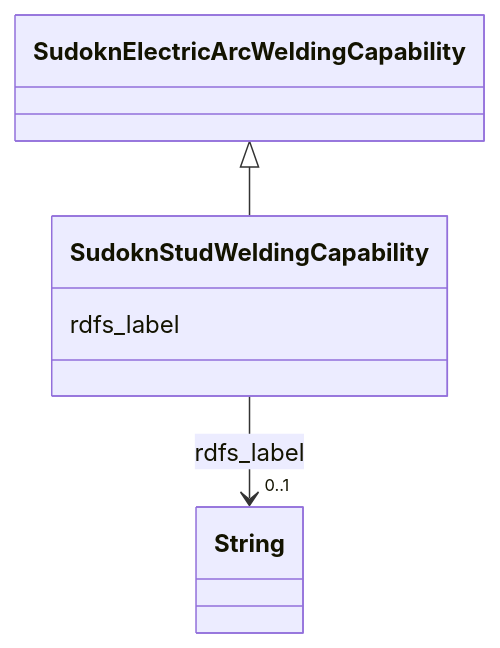
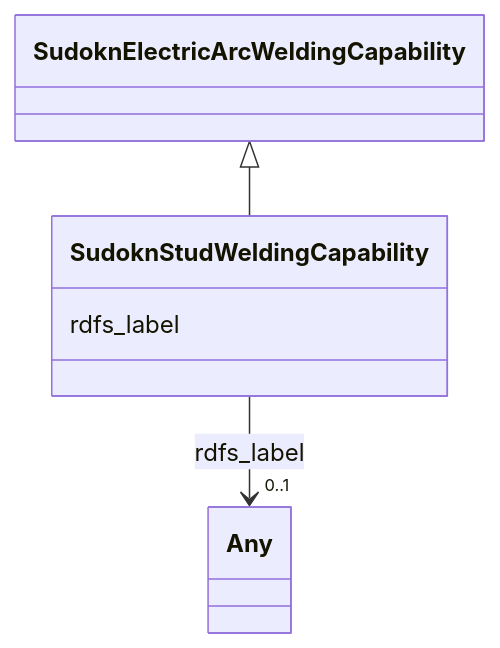
One commit to frink-okn/graph-descriptions changed the diagram in sudokn-kg/classes/SudoknStudWeldingCapability.md. Above: the diagram before and after it, drawn with Mermaid. The commit also changed other lines of this file and 903 other files, not shown here.

````diff
--- a/sudokn-kg/classes/SudoknStudWeldingCapability.md
+++ b/sudokn-kg/classes/SudoknStudWeldingCapability.md
@@ -23,18 +16,18 @@
 ```mermaid
  classDiagram
     class SudoknStudWeldingCapability
     click SudoknStudWeldingCapability href "../SudoknStudWeldingCapability"
       SudoknElectricArcWeldingCapability <|-- SudoknStudWeldingCapability
         click SudoknElectricArcWeldingCapability href "../SudoknElectricArcWeldingCapability"
       
       SudoknStudWeldingCapability : rdfs_label
         
           
     
     
-    SudoknStudWeldingCapability --> "0..1" String : rdfs_label
-    click String href "../String"
+    SudoknStudWeldingCapability --> "0..1" Any : rdfs_label
+    click Any href "../Any"
 
         
       
 ```
````
